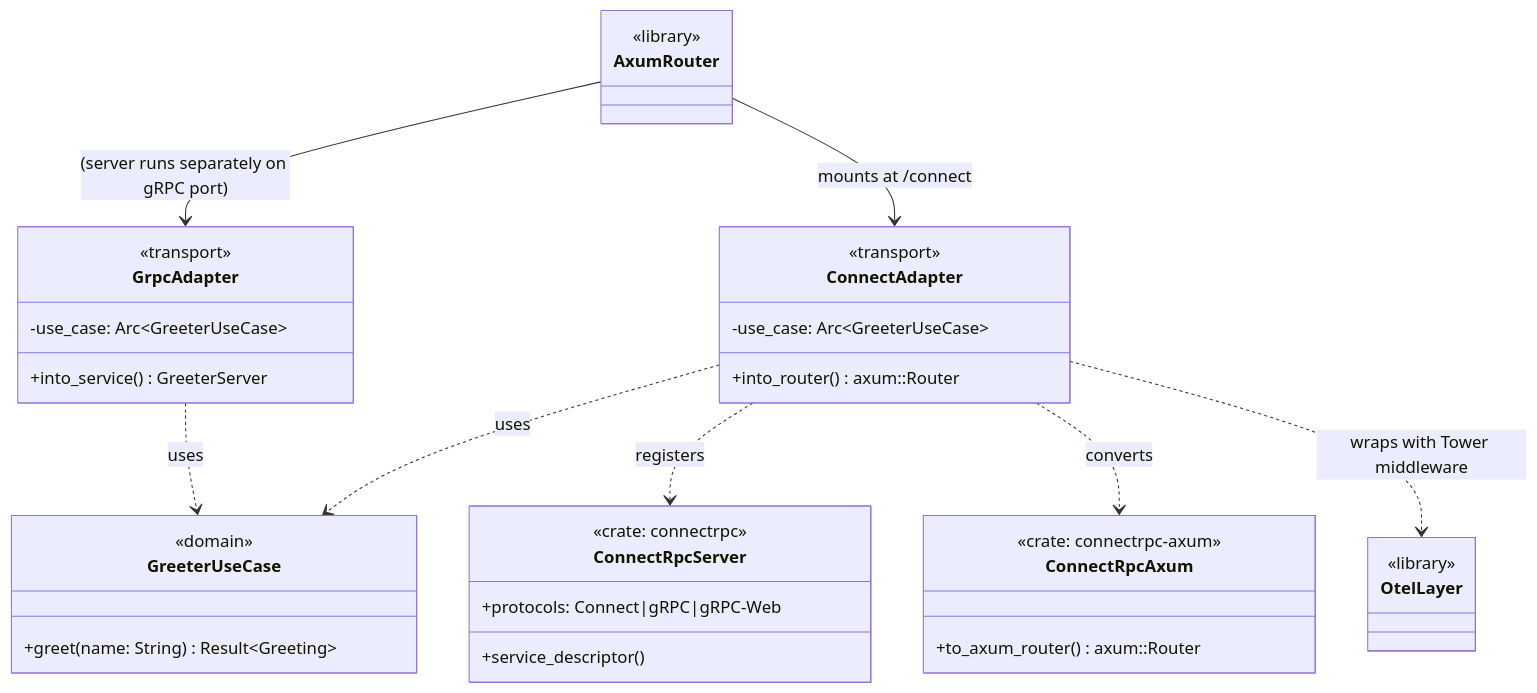
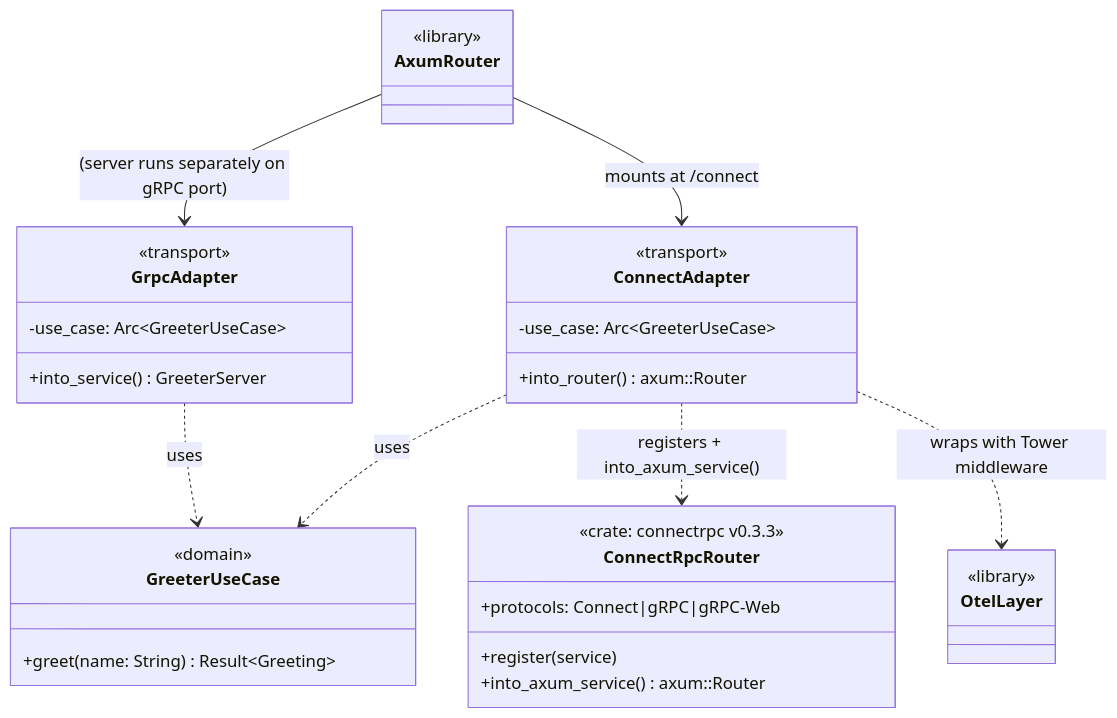
Before and after one commit to b-fontaine/forge: the second of 3 diagrams in .forge/changes/t5-connect-codegen/design.md, drawn with Mermaid. The commit also changed other lines of this file and 2 other files, not shown here.

First line of the commit message:
impl(t5/T-VER-006): pin connectrpc Rust crate v0.3.3 + buf-driven codegen path A

````diff
--- a/.forge/changes/t5-connect-codegen/design.md
+++ b/.forge/changes/t5-connect-codegen/design.md
@@ -323,40 +338,36 @@
 ```mermaid
 classDiagram
     class GreeterUseCase {
         <<domain>>
         +greet(name: String) Result~Greeting~
     }
     class GrpcAdapter {
         <<transport>>
         -use_case: Arc~GreeterUseCase~
         +into_service() GreeterServer
     }
     class ConnectAdapter {
         <<transport>>
         -use_case: Arc~GreeterUseCase~
         +into_router() axum::Router
     }
-    class ConnectRpcServer {
-        <<crate: connectrpc>>
-        +service_descriptor()
+    class ConnectRpcRouter {
+        <<crate: connectrpc v0.3.3>>
+        +register(service)
+        +into_axum_service() axum::Router
         +protocols: Connect|gRPC|gRPC-Web
-    }
-    class ConnectRpcAxum {
-        <<crate: connectrpc-axum>>
-        +to_axum_router() axum::Router
     }
     class OtelLayer {
         <<library>>
     }
     class AxumRouter {
         <<library>>
     }
 
     GrpcAdapter ..> GreeterUseCase : uses
     ConnectAdapter ..> GreeterUseCase : uses
-    ConnectAdapter ..> ConnectRpcServer : registers
-    ConnectAdapter ..> ConnectRpcAxum : converts
+    ConnectAdapter ..> ConnectRpcRouter : registers + into_axum_service()
     ConnectAdapter ..> OtelLayer : wraps with Tower middleware
     AxumRouter --> ConnectAdapter : mounts at /connect
     AxumRouter --> GrpcAdapter : (server runs separately on gRPC port)
 ```
````
